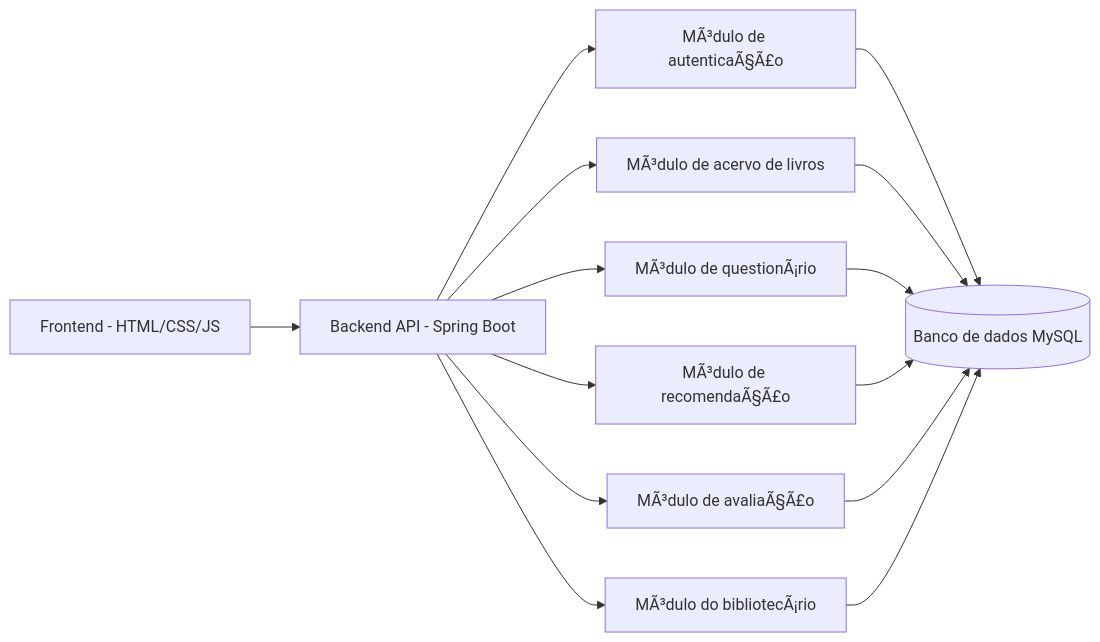
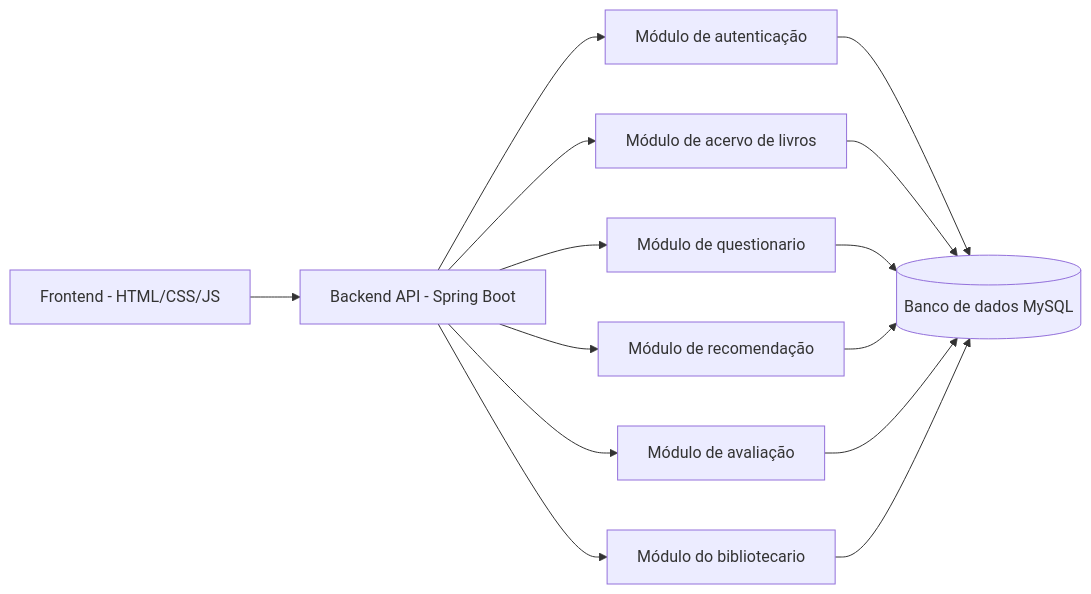
The second of 3 diagrams in docs/arquitetura.md (emylleribeiro68-debug/PROJETOINTEGRADOR_II_etapa1), drawn with Mermaid before and after one commit. The commit also changed other lines of this file, not shown here.

````diff
--- a/docs/arquitetura.md
+++ b/docs/arquitetura.md
@@ -22,16 +22,16 @@
 ```mermaid
 graph LR
     Frontend[Frontend - HTML/CSS/JS] --> API[Backend API - Spring Boot]
-    API --> Auth[MÃ³dulo de autenticaÃ§Ã£o]
-    API --> Livros[MÃ³dulo de acervo de livros]
-    API --> Quest[MÃ³dulo de questionÃ¡rio]
-    API --> Rec[MÃ³dulo de recomendaÃ§Ã£o]
-    API --> Aval[MÃ³dulo de avaliaÃ§Ã£o]
-    API --> Painel[MÃ³dulo do bibliotecÃ¡rio]
+    API --> Auth[Módulo de autenticação]
+    API --> Livros[Módulo de acervo de livros]
+    API --> Quest[Módulo de questionario]
+    API --> Rec[Módulo de recomendação]
+    API --> Aval[Módulo de avaliação]
+    API --> Painel[Módulo do bibliotecario]
     Auth --> DB[(Banco de dados MySQL)]
     Livros --> DB
     Quest --> DB
     Rec --> DB
     Aval --> DB
     Painel --> DB
 ```
````
